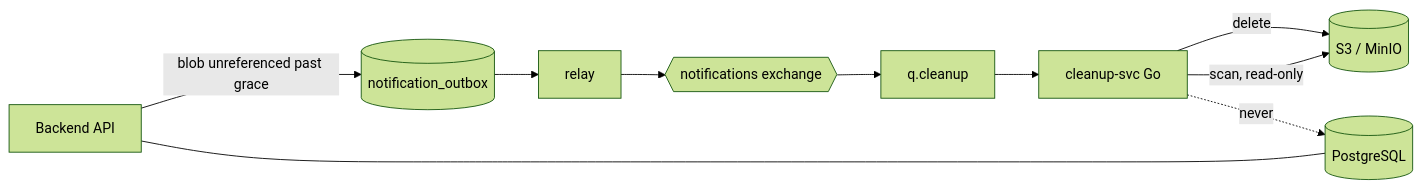
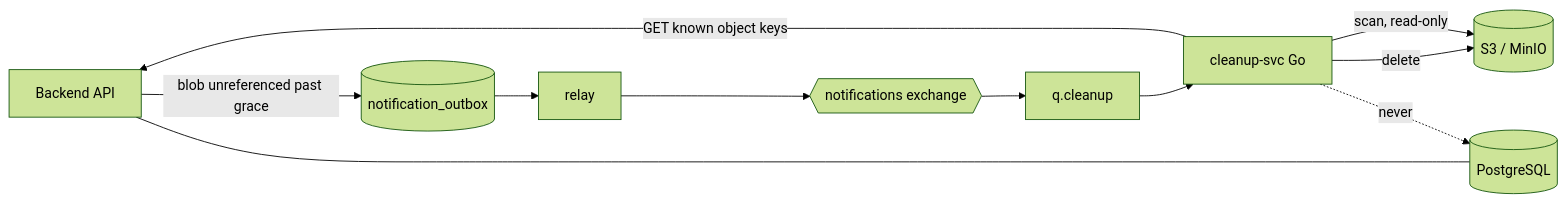
Before and after one commit to armydep/cloud-storage: the diagram in docs/phases/phase-13-cleanup-service.md, drawn with Mermaid (forest theme). The commit also changed other lines of this file, not shown here.

First line of the commit message:
Resolve how cleanup-svc detects orphans without database access

````diff
--- a/docs/phases/phase-13-cleanup-service.md
+++ b/docs/phases/phase-13-cleanup-service.md
@@ -93,18 +113,19 @@
 ```mermaid
 flowchart LR
     API[Backend API]
     OB[(notification_outbox)]
     RELAY[relay]
     EX{{notifications exchange}}
     QC[q.cleanup]
     SVC[cleanup-svc  Go]
     S3[(S3 / MinIO)]
     PG[(PostgreSQL)]
 
     API -->|blob unreferenced past grace| OB
     OB --> RELAY --> EX --> QC --> SVC
     SVC -->|delete| S3
     SVC -->|scan, read-only| S3
+    SVC -->|GET known object keys| API
     API --- PG
     SVC -.->|never| PG
 ```
````
